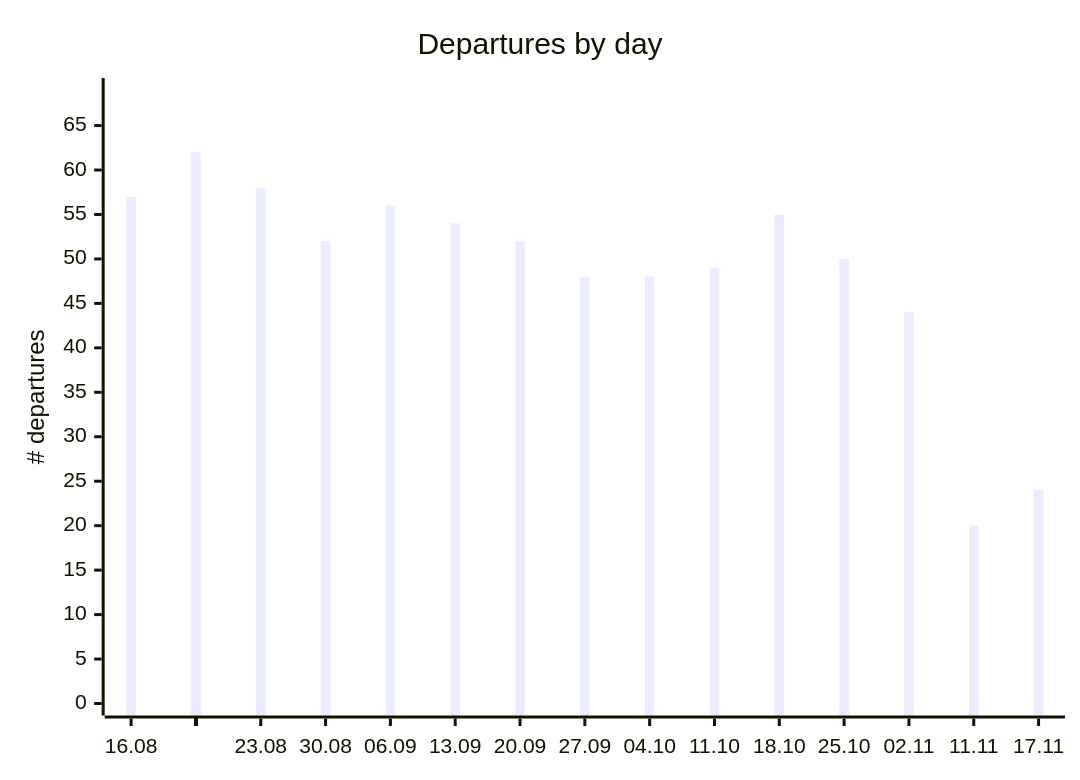
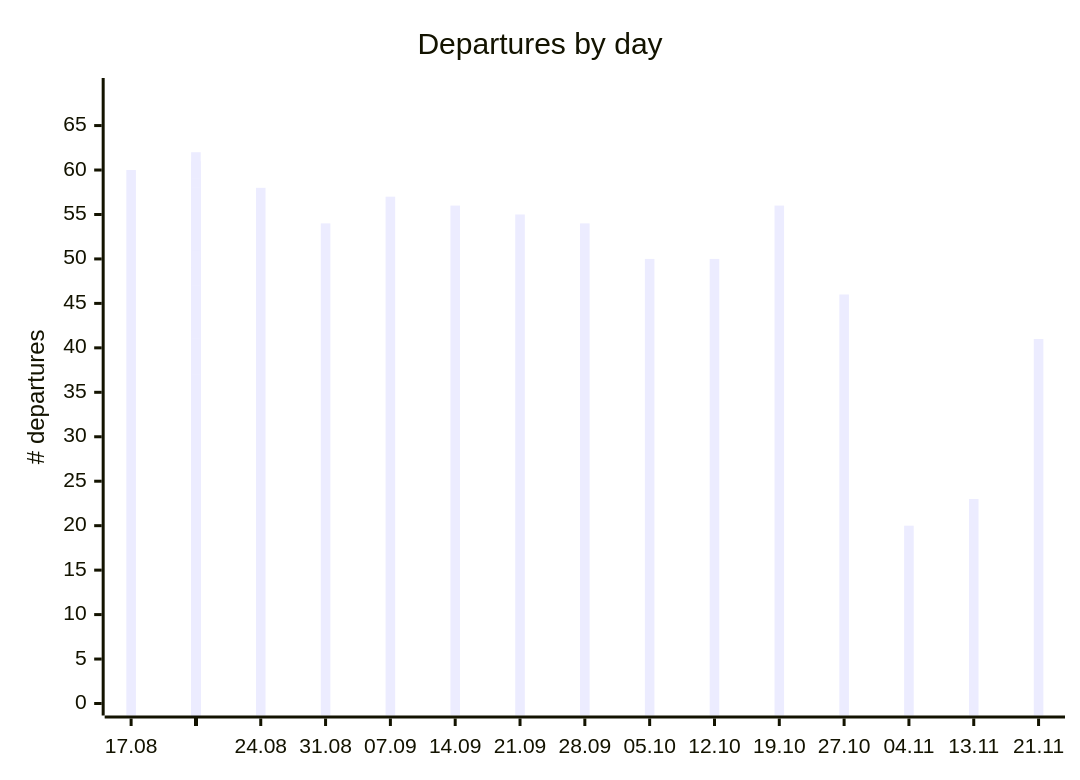
One commit to rainermesi/tll-airport-departures changed the first of 2 diagrams in README.md. Above: the diagram before and after it, drawn with Mermaid. The commit also changed other lines of this file and 3 other files, not shown here.

````diff
--- a/README.md
+++ b/README.md
@@ -65,12 +65,12 @@
 ```mermaid
 ---
 xyChart:
     xAxis:
       labelFontSize: 8
 ---
 xychart-beta
     title "Departures by day"
-    x-axis ["16.08", " ", " ", " ", " ", " ", " ", "23.08", " ", " ", " ", " ", " ", " ", "30.08", " ", " ", " ", " ", " ", " ", "06.09", " ", " ", " ", " ", " ", " ", "13.09", " ", " ", " ", " ", " ", " ", "20.09", " ", " ", " ", " ", " ", " ", "27.09", " ", " ", " ", " ", " ", " ", "04.10", " ", " ", " ", " ", " ", " ", "11.10", " ", " ", " ", " ", " ", " ", "18.10", " ", " ", " ", " ", " ", " ", "25.10", " ", " ", " ", " ", " ", " ", "02.11", " ", " ", " ", " ", " ", " ", "11.11", " ", " ", " ", " ", "17.11"]
+    x-axis ["17.08", " ", " ", " ", " ", " ", " ", "24.08", " ", " ", " ", " ", " ", " ", "31.08", " ", " ", " ", " ", " ", " ", "07.09", " ", " ", " ", " ", " ", " ", "14.09", " ", " ", " ", " ", " ", " ", "21.09", " ", " ", " ", " ", " ", " ", "28.09", " ", " ", " ", " ", " ", " ", "05.10", " ", " ", " ", " ", " ", " ", "12.10", " ", " ", " ", " ", " ", " ", "19.10", " ", " ", " ", " ", " ", " ", "27.10", " ", " ", " ", " ", " ", " ", "04.11", " ", " ", " ", " ", " ", " ", "13.11", " ", " ", " ", " ", "21.11"]
     y-axis "# departures" 0 --> 69
-    bar [57, 60, 46, 54, 55, 60, 43, 58, 58, 48, 54, 33, 32, 34, 52, 54, 45, 54, 49, 62, 42, 56, 57, 48, 53, 52, 61, 44, 54, 56, 47, 51, 52, 59, 43, 52, 55, 46, 51, 53, 57, 40, 48, 54, 42, 46, 52, 54, 40, 48, 50, 36, 45, 46, 53, 35, 49, 50, 34, 46, 52, 58, 44, 55, 56, 46, 48, 52, 57, 46, 50, 46, 51, 27, 49, 49, 50, 44, 20, 43, 24, 45, 47, 38, 20, 23, 41, 22, 37, 24]
+    bar [60, 46, 54, 55, 60, 43, 58, 58, 48, 54, 33, 32, 34, 52, 54, 45, 54, 49, 62, 42, 56, 57, 48, 53, 52, 61, 44, 54, 56, 47, 51, 52, 59, 43, 52, 55, 46, 51, 53, 57, 40, 48, 54, 42, 46, 52, 54, 40, 48, 50, 36, 45, 46, 53, 35, 49, 50, 34, 46, 52, 58, 44, 55, 56, 46, 48, 52, 57, 46, 50, 46, 51, 27, 49, 49, 50, 44, 20, 43, 24, 45, 47, 38, 20, 23, 41, 22, 37, 24, 41]
 ```
````
